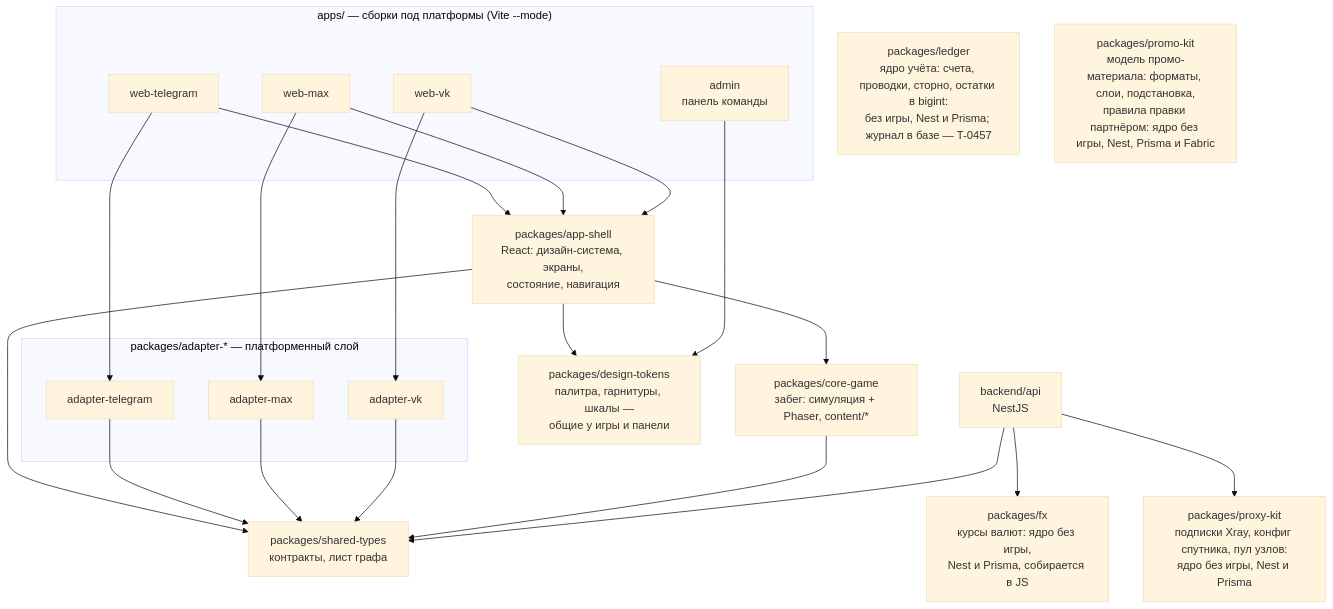
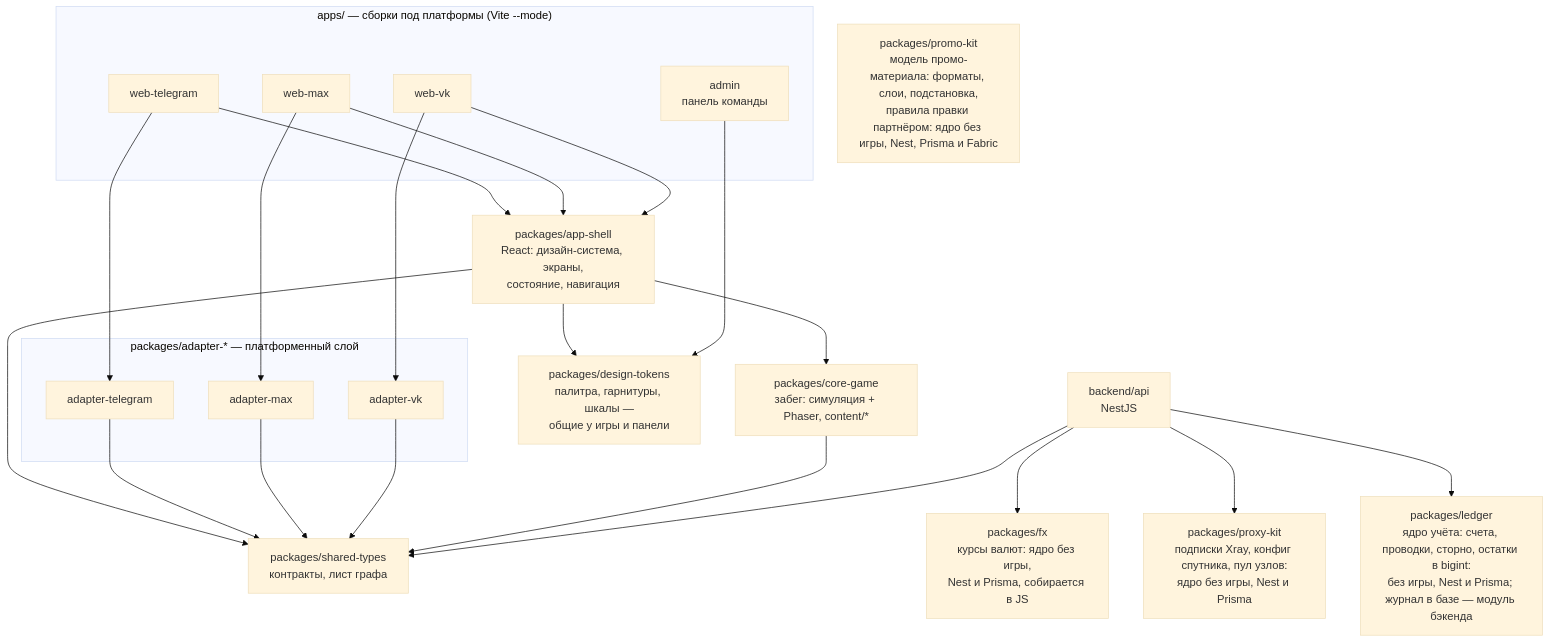
One commit to JJSGxKD/rubezh changed the fifth of 60 diagrams in docs/21-diagrams.md. Above: the diagram before and after it, drawn with Mermaid (base theme). The commit also changed other lines of this file and 2 other files, not shown here.

First line of the commit message:
docs(finance): План счетов, ER журнала и право ledger.view

````diff
--- a/docs/21-diagrams.md
+++ b/docs/21-diagrams.md
@@ -2198,44 +2242,45 @@
 ```mermaid
 flowchart TD
     subgraph apps["apps/ — сборки под платформы (Vite --mode)"]
         WT["web-telegram"]
         WM["web-max"]
         WV["web-vk"]
         ADM["admin<br/>панель команды"]
     end
 
     subgraph adapters["packages/adapter-* — платформенный слой"]
         AT["adapter-telegram"]
         AM["adapter-max"]
         AV["adapter-vk"]
     end
 
     SH["packages/app-shell<br/>React: дизайн-система, экраны,<br/>состояние, навигация"]
     CG["packages/core-game<br/>забег: симуляция + Phaser, content/*"]
     ST["packages/shared-types<br/>контракты, лист графа"]
     FX["packages/fx<br/>курсы валют: ядро без игры,<br/>Nest и Prisma, собирается в JS"]
     PK["packages/proxy-kit<br/>подписки Xray, конфиг спутника, пул узлов:<br/>ядро без игры, Nest и Prisma"]
-    LG["packages/ledger<br/>ядро учёта: счета, проводки, сторно, остатки в bigint:<br/>без игры, Nest и Prisma; журнал в базе — T-0457"]
+    LG["packages/ledger<br/>ядро учёта: счета, проводки, сторно, остатки в bigint:<br/>без игры, Nest и Prisma; журнал в базе — модуль бэкенда"]
     PRK["packages/promo-kit<br/>модель промо-материала: форматы, слои, подстановка,<br/>правила правки партнёром: ядро без игры, Nest, Prisma и Fabric"]
     API["backend/api<br/>NestJS"]
     DT["packages/design-tokens<br/>палитра, гарнитуры, шкалы —<br/>общие у игры и панели"]
 
     WT --> SH
     WT --> AT
     WM --> SH
     WM --> AM
     WV --> SH
     WV --> AV
 
     SH --> CG
     SH --> ST
     AT --> ST
     AM --> ST
     AV --> ST
     CG --> ST
     API --> ST
     API --> FX
     API --> PK
+    API --> LG
     SH --> DT
     ADM --> DT
 ```
````
